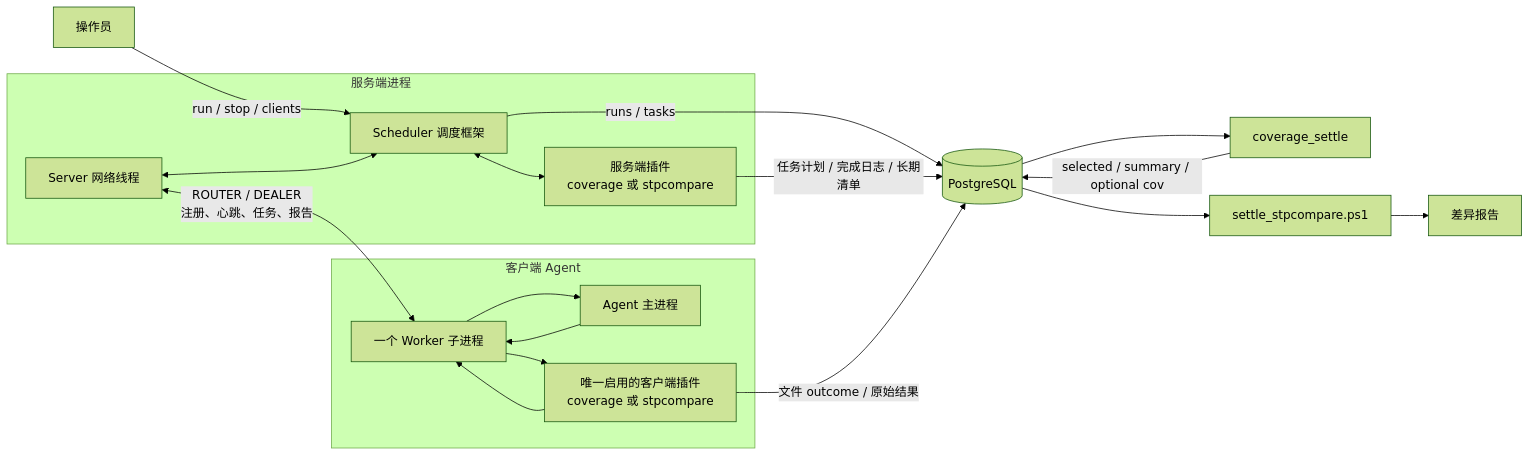
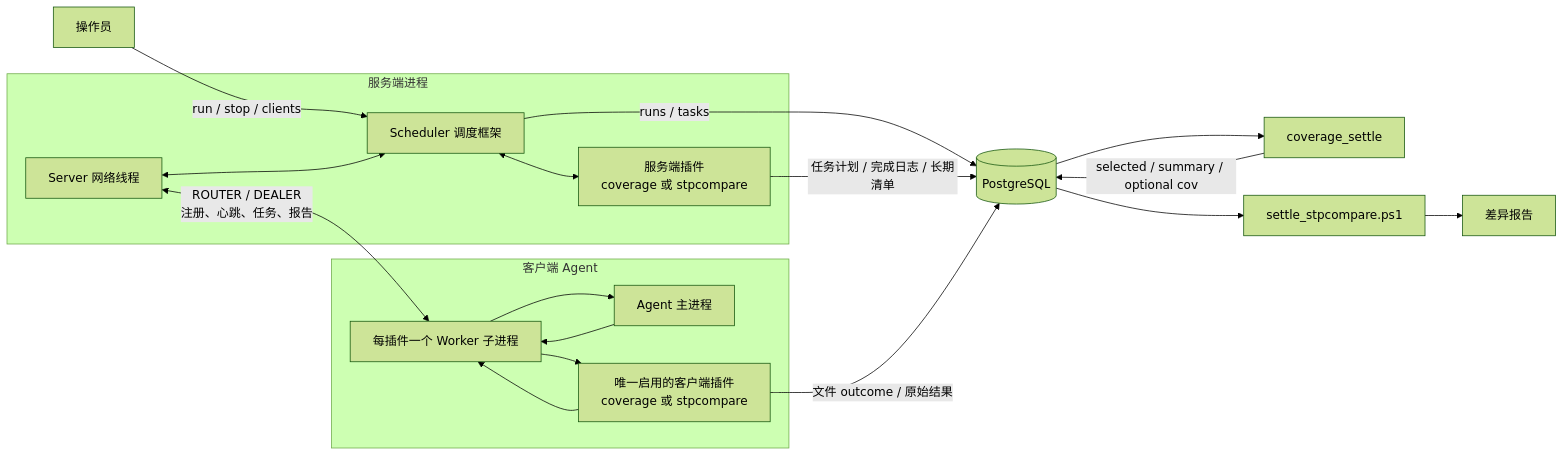
The first of 8 diagrams in docs/设计说明.md (cuiyuexin428/TestTracking), drawn with Mermaid (forest theme) before and after one commit. The commit also changed other lines of this file and 47 other files, not shown here.

````diff
--- a/docs/设计说明.md
+++ b/docs/设计说明.md
@@ -7,31 +7,31 @@
 ```mermaid
 flowchart LR
     O[操作员] -->|run / stop / clients| S
 
     subgraph Server[服务端进程]
         S[Scheduler 调度框架]
         N[Server 网络线程]
         SP[服务端插件<br/>coverage 或 stpcompare]
         N <--> S
         S <--> SP
     end
 
     subgraph Worker[客户端 Agent]
         C[Agent 主进程]
-        E[一个 Worker 子进程]
+        E[每插件一个 Worker 子进程]
         CP[唯一启用的客户端插件<br/>coverage 或 stpcompare]
         C --> E --> CP
         CP --> E --> C
     end
 
     N <-->|ROUTER / DEALER<br/>注册、心跳、任务、报告| E
 
     S -->|runs / tasks| DB[(PostgreSQL)]
     SP -->|任务计划 / 完成日志 / 长期清单| DB
     CP -->|文件 outcome / 原始结果| DB
 
     DB --> CT[coverage_settle]
     DB --> ST[settle_stpcompare.ps1]
     CT -->|selected / summary / optional cov| DB
     ST --> R[差异报告]
 ```
````
